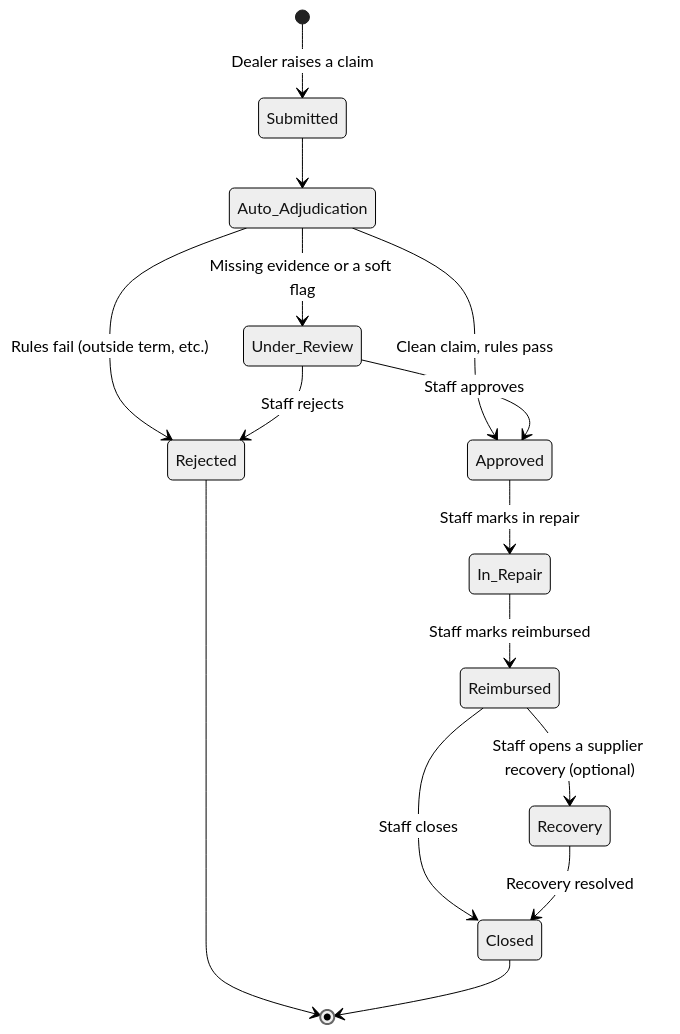
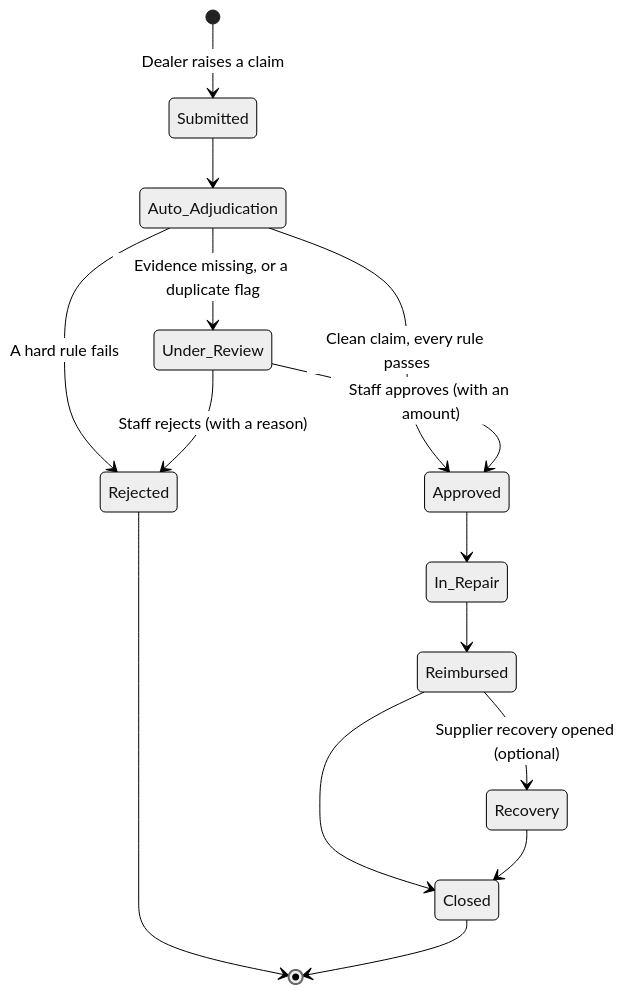
The second of 5 diagrams in docs/CLOSED_LOOP_MODULES.md (Rishabh-patidar-dev/EV-CRM-), drawn with Mermaid (neutral theme) before and after one commit. The commit also changed other lines of this file and 58 other files, not shown here.

````diff
--- a/docs/CLOSED_LOOP_MODULES.md
+++ b/docs/CLOSED_LOOP_MODULES.md
@@ -86,18 +38,18 @@
 ```mermaid
 stateDiagram-v2
     [*] --> Submitted: Dealer raises a claim
     Submitted --> Auto_Adjudication
-    Auto_Adjudication --> Approved: Clean claim, rules pass
-    Auto_Adjudication --> Rejected: Rules fail (outside term, etc.)
-    Auto_Adjudication --> Under_Review: Missing evidence or a soft flag
+    Auto_Adjudication --> Approved: Clean claim, every rule passes
+    Auto_Adjudication --> Rejected: A hard rule fails
+    Auto_Adjudication --> Under_Review: Evidence missing, or a duplicate flag
 
-    Under_Review --> Approved: Staff approves
-    Under_Review --> Rejected: Staff rejects
-    Approved --> In_Repair: Staff marks in repair
-    In_Repair --> Reimbursed: Staff marks reimbursed
-    Reimbursed --> Recovery: Staff opens a supplier recovery (optional)
-    Reimbursed --> Closed: Staff closes
-    Recovery --> Closed: Recovery resolved
+    Under_Review --> Approved: Staff approves (with an amount)
+    Under_Review --> Rejected: Staff rejects (with a reason)
+    Approved --> In_Repair
+    In_Repair --> Reimbursed
+    Reimbursed --> Recovery: Supplier recovery opened (optional)
+    Reimbursed --> Closed
+    Recovery --> Closed
     Rejected --> [*]
     Closed --> [*]
 ```
````
